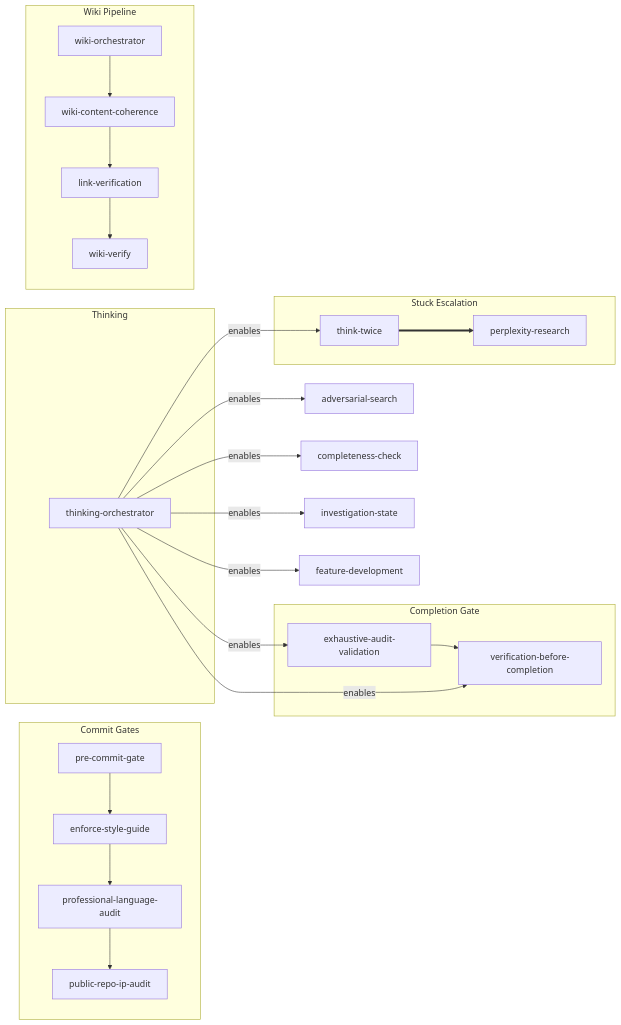
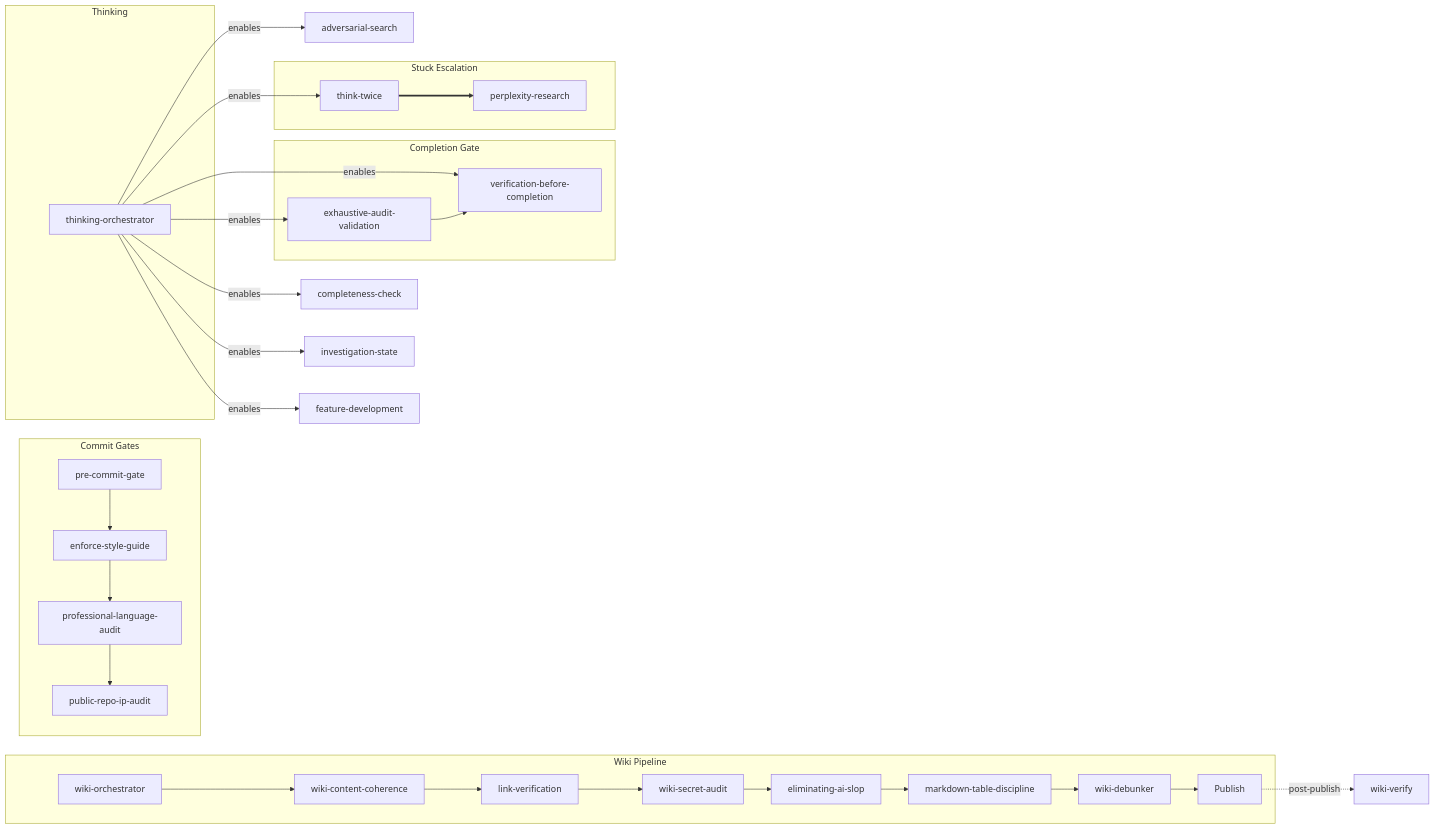
The diagram in README.md (bordenet/superpowers-plus), drawn with Mermaid before and after one commit. The commit also changed other lines of this file and 1 other file, not shown here.

````diff
--- a/README.md
+++ b/README.md
@@ -197,34 +193,40 @@
 ```mermaid
 graph LR
   subgraph commit-gates["Commit Gates"]
     pre_commit_gate["pre-commit-gate"] --> enforce_style_guide["enforce-style-guide"]
     enforce_style_guide --> professional_language_audit["professional-language-audit"]
     professional_language_audit --> public_repo_ip_audit["public-repo-ip-audit"]
   end
 
   subgraph completion-gate["Completion Gate"]
     exhaustive_audit_validation["exhaustive-audit-validation"] --> verification_before_completion["verification-before-completion"]
   end
 
   subgraph thinking["Thinking"]
     thinking_orchestrator["thinking-orchestrator"]
   end
 
   subgraph wiki-pipeline["Wiki Pipeline"]
     wiki_orchestrator["wiki-orchestrator"] --> wiki_content_coherence["wiki-content-coherence"]
     wiki_content_coherence --> link_verification["link-verification"]
-    link_verification --> wiki_verify["wiki-verify"]
+    link_verification --> wiki_secret_audit["wiki-secret-audit"]
+    wiki_secret_audit --> eliminating_ai_slop["eliminating-ai-slop"]
+    eliminating_ai_slop --> markdown_table_discipline["markdown-table-discipline"]
+    markdown_table_discipline --> wiki_debunker["wiki-debunker"]
+    wiki_debunker --> publish["Publish"]
   end
+
+  publish -.->|post-publish| wiki_verify["wiki-verify"]
 
   subgraph stuck-escalation["Stuck Escalation"]
     think_twice["think-twice"] ==> perplexity_research["perplexity-research"]
   end
 
   thinking_orchestrator -->|enables| adversarial_search["adversarial-search"]
   thinking_orchestrator -->|enables| think_twice
   thinking_orchestrator -->|enables| verification_before_completion
   thinking_orchestrator -->|enables| exhaustive_audit_validation
   thinking_orchestrator -->|enables| completeness_check["completeness-check"]
   thinking_orchestrator -->|enables| investigation_state["investigation-state"]
   thinking_orchestrator -->|enables| feature_development["feature-development"]
 ```
````
